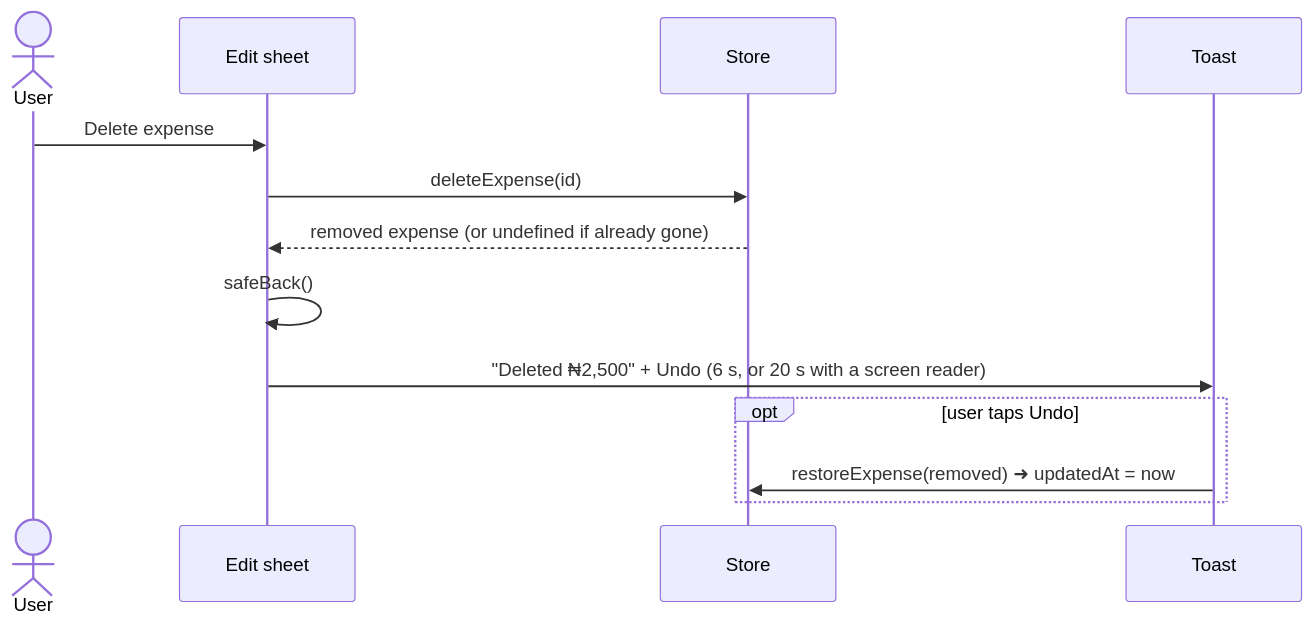
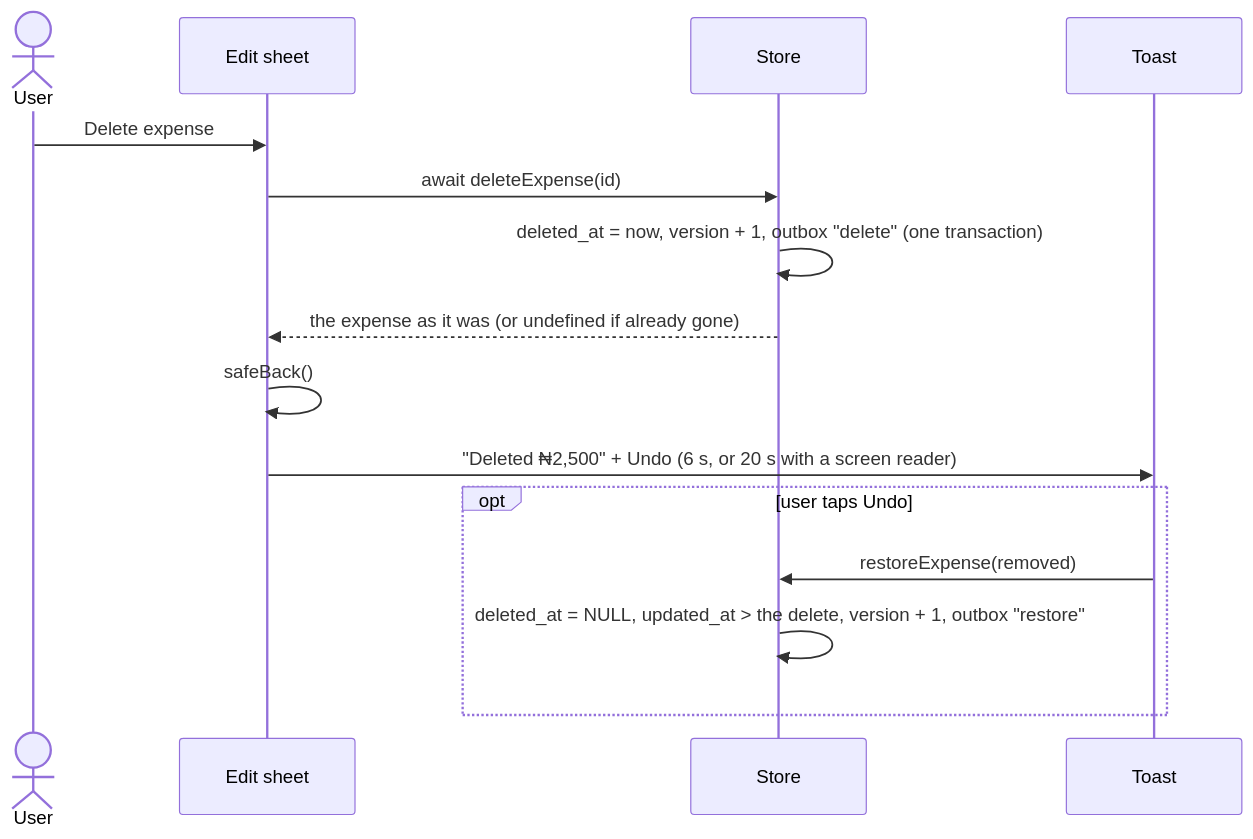
Before and after one commit to stdiohox/tito-expense-tracker: the sixth of 8 diagrams in docs/ARCHITECTURE.md, drawn with Mermaid. The commit also changed other lines of this file and 10 other files, not shown here.

````diff
--- a/docs/ARCHITECTURE.md
+++ b/docs/ARCHITECTURE.md
@@ -450,15 +532,17 @@
 ```mermaid
 sequenceDiagram
   actor U as User
   participant F as Edit sheet
   participant S as Store
   participant T as Toast
   U->>F: Delete expense
-  F->>S: deleteExpense(id)
-  S-->>F: removed expense (or undefined if already gone)
+  F->>S: await deleteExpense(id)
+  S->>S: deleted_at = now, version + 1, outbox "delete" (one transaction)
+  S-->>F: the expense as it was (or undefined if already gone)
   F->>F: safeBack()
   F->>T: "Deleted ₦2,500" + Undo (6 s, or 20 s with a screen reader)
   opt user taps Undo
-    T->>S: restoreExpense(removed)  ➜ updatedAt = now
+    T->>S: restoreExpense(removed)
+    S->>S: deleted_at = NULL, updated_at > the delete, version + 1, outbox "restore"
   end
 ```
````
